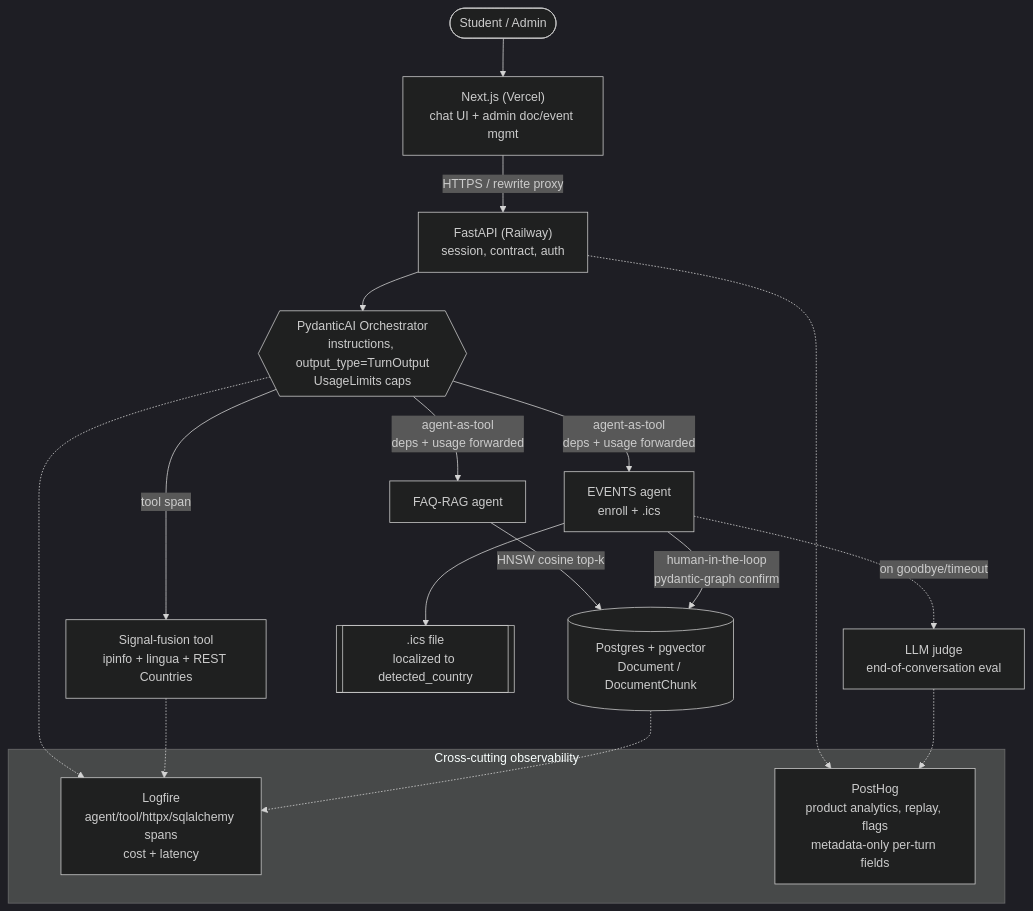
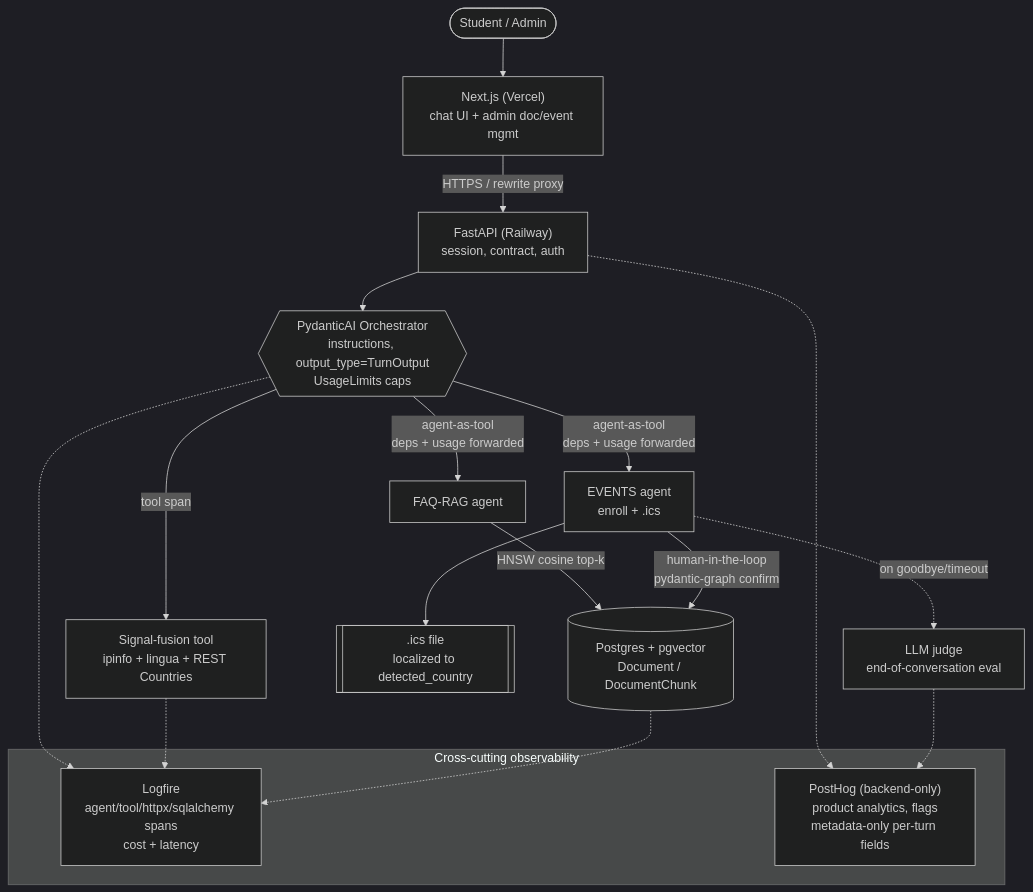
The diagram in PROJECT.md (alejandrovelez243/zapp-test), drawn with Mermaid (dark theme) before and after one commit. The commit also changed other lines of this file and 1 other file, not shown here.

First line of the commit message:
docs: PostHog is backend-only across governance docs (drop client analytics + session replay)

````diff
--- a/PROJECT.md
+++ b/PROJECT.md
@@ -93,28 +93,28 @@
 ```mermaid
 flowchart TD
   user([Student / Admin]) --> web["Next.js (Vercel)\nchat UI + admin doc/event mgmt"]
   web -->|HTTPS / rewrite proxy| api["FastAPI (Railway)\nsession, contract, auth"]
 
   api --> orch{{"PydanticAI Orchestrator\ninstructions, output_type=TurnOutput\nUsageLimits caps"}}
 
   orch -->|agent-as-tool\ndeps + usage forwarded| faq["FAQ-RAG agent"]
   orch -->|agent-as-tool\ndeps + usage forwarded| ev["EVENTS agent\nenroll + .ics"]
   orch -->|tool span| fuse["Signal-fusion tool\nipinfo + lingua + REST Countries"]
 
   faq -->|HNSW cosine top-k| pg[("Postgres + pgvector\nDocument / DocumentChunk")]
   ev -->|human-in-the-loop\npydantic-graph confirm| pg
   ev --> ics[[".ics file\nlocalized to detected_country"]]
 
   ev -. on goodbye/timeout .-> judge["LLM judge\nend-of-conversation eval"]
 
   subgraph crosscut [Cross-cutting observability]
     lf["Logfire\nagent/tool/httpx/sqlalchemy spans\ncost + latency"]
-    ph["PostHog\nproduct analytics, replay, flags\nmetadata-only per-turn fields"]
+    ph["PostHog (backend-only)\nproduct analytics, flags\nmetadata-only per-turn fields"]
   end
 
   orch -.-> lf
   fuse -.-> lf
   pg -.-> lf
   api -.-> ph
   judge -.-> ph
 ```
````
